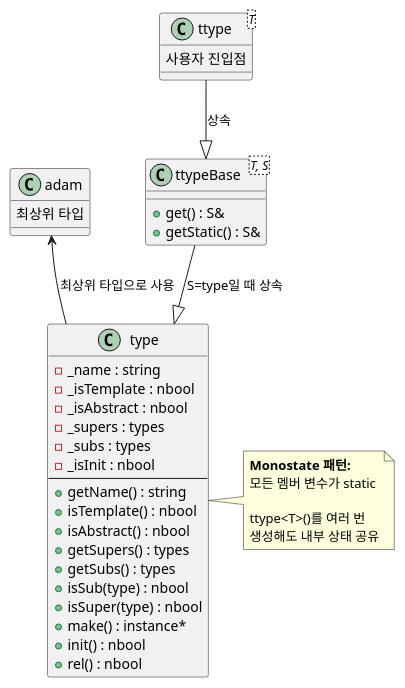
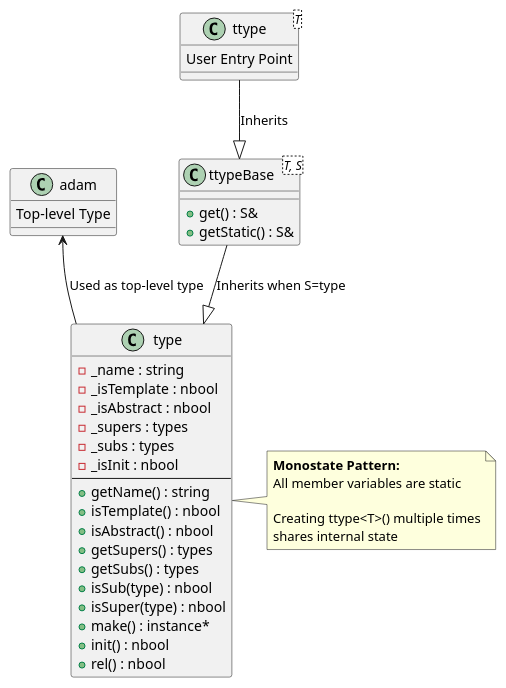
Before and after one commit to byeolang/byeol: the first of 2 diagrams in doc/ref/ko/af-architecture-meta.md, drawn with PlantUML. The commit also changed other lines of this file and 5 other files, not shown here.

First line of the commit message:
docs: translate Korean to English in PlantUML blocks

```diff
--- a/doc/ref/ko/af-architecture-meta.md
+++ b/doc/ref/ko/af-architecture-meta.md
@@ -15,46 +15,46 @@
 @startuml
 class "adam" as adam {
-    최상위 타입
+    Top-level Type
 }
 
 class "type" as type {
     - _name : string
     - _isTemplate : nbool
     - _isAbstract : nbool
     - _supers : types
     - _subs : types
     - _isInit : nbool
     ---
     + getName() : string
     + isTemplate() : nbool
     + isAbstract() : nbool
     + getSupers() : types
     + getSubs() : types
     + isSub(type) : nbool
     + isSuper(type) : nbool
     + make() : instance*
     + init() : nbool
     + rel() : nbool
 }
 
 class "ttypeBase<T, S>" as ttypeBase {
     + get() : S&
     + getStatic() : S&
 }
 
 class "ttype<T>" as ttype {
-    사용자 진입점
+    User Entry Point
 }
 
 note right of type
-  <b>Monostate 패턴:</b>
-  모든 멤버 변수가 static
+  <b>Monostate Pattern:</b>
+  All member variables are static
 
-  ttype<T>()를 여러 번
-  생성해도 내부 상태 공유
+  Creating ttype<T>() multiple times
+  shares internal state
 end note
 
-ttype --|> ttypeBase : 상속
-ttypeBase --|> type : S=type일 때 상속
-adam <-- type : 최상위 타입으로 사용
+ttype --|> ttypeBase : Inherits
+ttypeBase --|> type : Inherits when S=type
+adam <-- type : Used as top-level type
 @enduml
```
